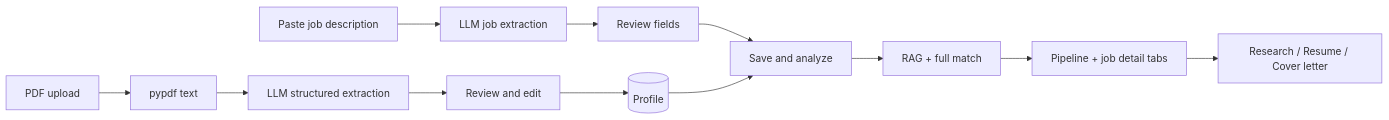
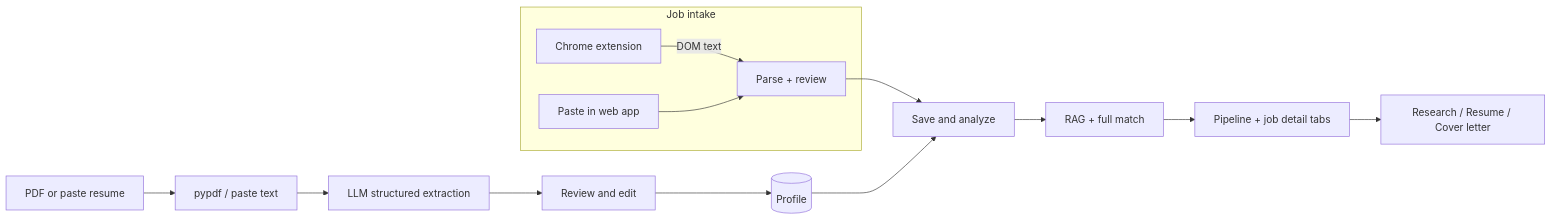
One commit to semirturgay/ai-career-os changed the first of 2 diagrams in README.md. Above: the diagram before and after it, drawn with Mermaid. The commit also changed other lines of this file and 30 other files, not shown here.

First line of the commit message:
feat: Chrome extension for DOM-only job capture (M7)

````diff
--- a/README.md
+++ b/README.md
@@ -70,14 +74,16 @@
 ```mermaid
 flowchart LR
-    A[PDF upload] --> B[pypdf text]
+    subgraph intake [Job intake]
+        X[Chrome extension] -->|DOM text| Y[Parse + review]
+        P[Paste in web app] --> Y
+    end
+    A[PDF or paste resume] --> B[pypdf / paste text]
     B --> C[LLM structured extraction]
     C --> D[Review and edit]
     D --> E[(Profile)]
-    F[Paste job description] --> G[LLM job extraction]
-    G --> H[Review fields]
-    H --> I[Save and analyze]
+    Y --> I[Save and analyze]
     E --> I
     I --> J[RAG + full match]
     J --> K[Pipeline + job detail tabs]
     K --> L[Research / Resume / Cover letter]
 ```
````
